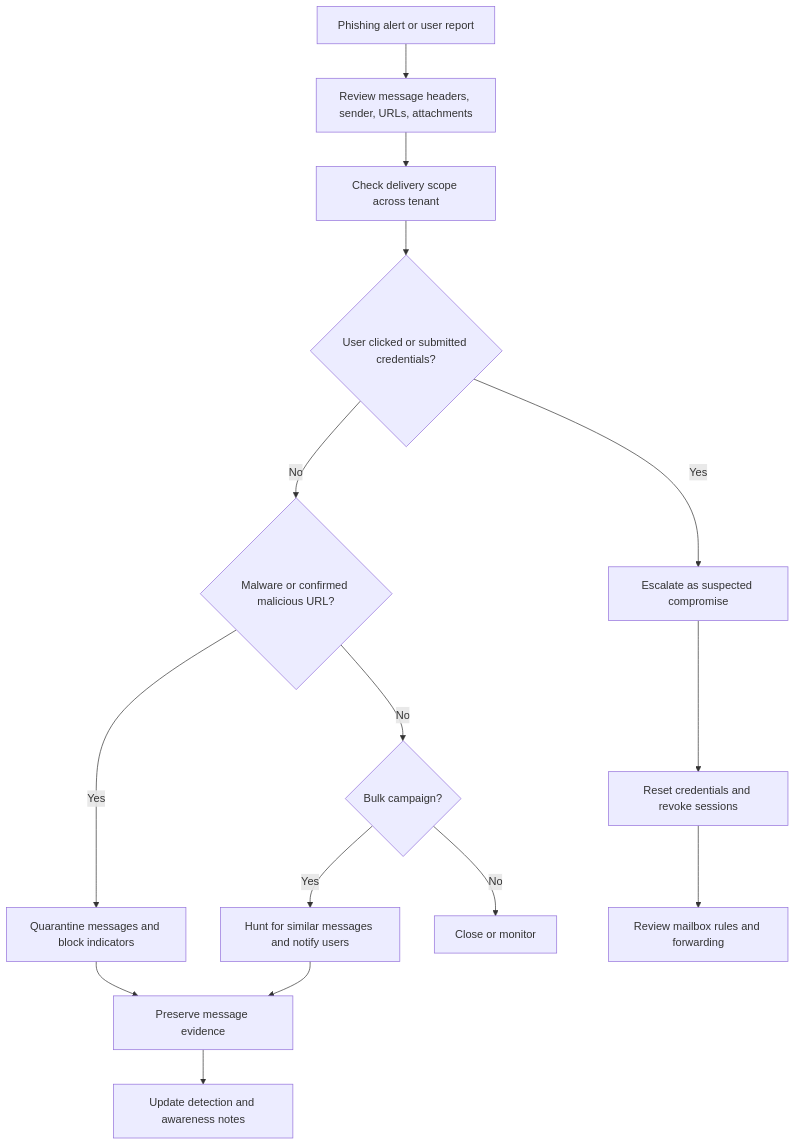
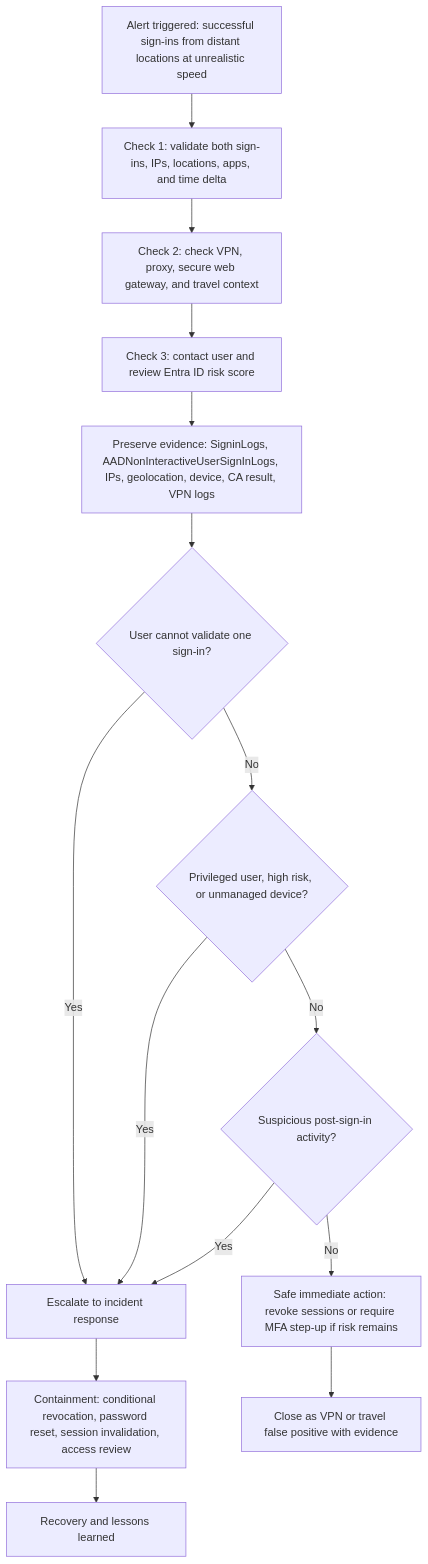
Before and after one commit to sharRahul/soc-usecases-and-playbooks: the third of 5 diagrams in docs/playbook-flowcharts.md, drawn with Mermaid. The commit also changed other lines of this file, not shown here.

Commit message:
Add use-case specific SOC playbook flowcharts

````diff
--- a/docs/playbook-flowcharts.md
+++ b/docs/playbook-flowcharts.md
@@ -56,17 +57,17 @@
 ```mermaid
 flowchart TD
-    A[Phishing alert or user report] --> B[Review message headers, sender, URLs, attachments]
-    B --> C[Check delivery scope across tenant]
-    C --> D{User clicked or submitted credentials?}
-    D -- Yes --> E[Escalate as suspected compromise]
-    D -- No --> F{Malware or confirmed malicious URL?}
-    F -- Yes --> G[Quarantine messages and block indicators]
-    F -- No --> H{Bulk campaign?}
-    H -- Yes --> I[Hunt for similar messages and notify users]
-    H -- No --> J[Close or monitor]
-    E --> K[Reset credentials and revoke sessions]
-    K --> L[Review mailbox rules and forwarding]
-    G --> M[Preserve message evidence]
-    I --> M
-    M --> N[Update detection and awareness notes]
+    A[Alert triggered: successful sign-ins from distant locations at unrealistic speed] --> B[Check 1: validate both sign-ins, IPs, locations, apps, and time delta]
+    B --> C[Check 2: check VPN, proxy, secure web gateway, and travel context]
+    C --> D[Check 3: contact user and review Entra ID risk score]
+    D --> E[Preserve evidence: SigninLogs, AADNonInteractiveUserSignInLogs, IPs, geolocation, device, CA result, VPN logs]
+    E --> F{User cannot validate one sign-in?}
+    F -- Yes --> G[Escalate to incident response]
+    F -- No --> H{Privileged user, high risk, or unmanaged device?}
+    H -- Yes --> G
+    H -- No --> I{Suspicious post-sign-in activity?}
+    I -- Yes --> G
+    I -- No --> J[Safe immediate action: revoke sessions or require MFA step-up if risk remains]
+    G --> K[Containment: conditional revocation, password reset, session invalidation, access review]
+    J --> L[Close as VPN or travel false positive with evidence]
+    K --> M[Recovery and lessons learned]
 ```
````
